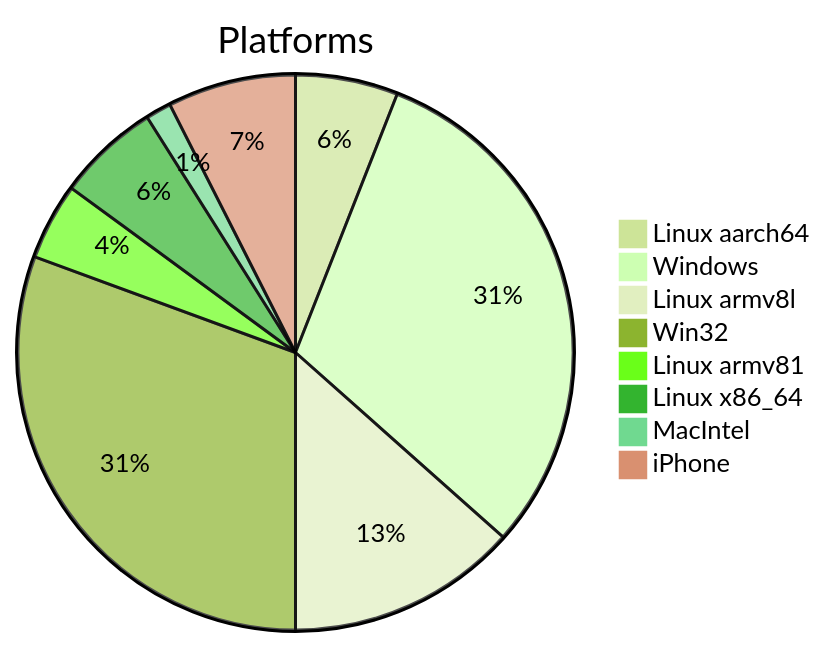
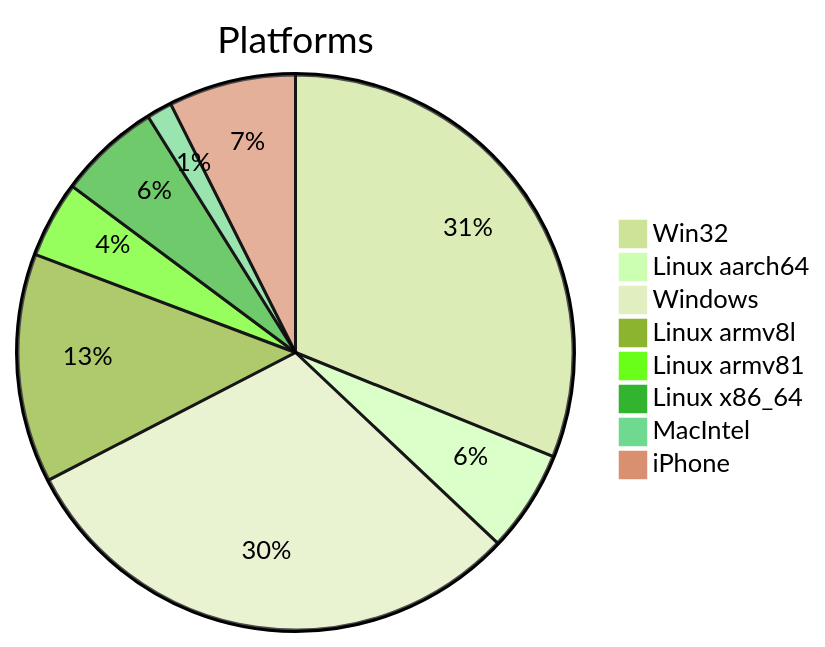
The first of 2 diagrams in DATA_REPORT.md (Krugou/socials), drawn with Mermaid (forest theme) before and after one commit. The commit also changed other lines of this file and 2 other files, not shown here.

````diff
--- a/DATA_REPORT.md
+++ b/DATA_REPORT.md
@@ -9,11 +9,11 @@
 ```mermaid
 pie title Platforms
+    "Win32" : 42
     "Linux aarch64" : 8
     "Windows" : 41
     "Linux armv8l" : 18
-    "Win32" : 41
     "Linux armv81" : 6
     "Linux x86_64" : 8
     "MacIntel" : 2
     "iPhone" : 10
 ```
````
